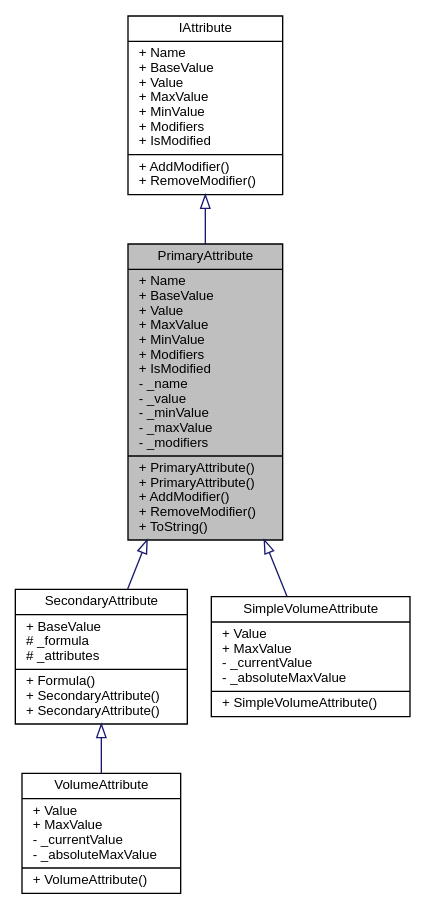
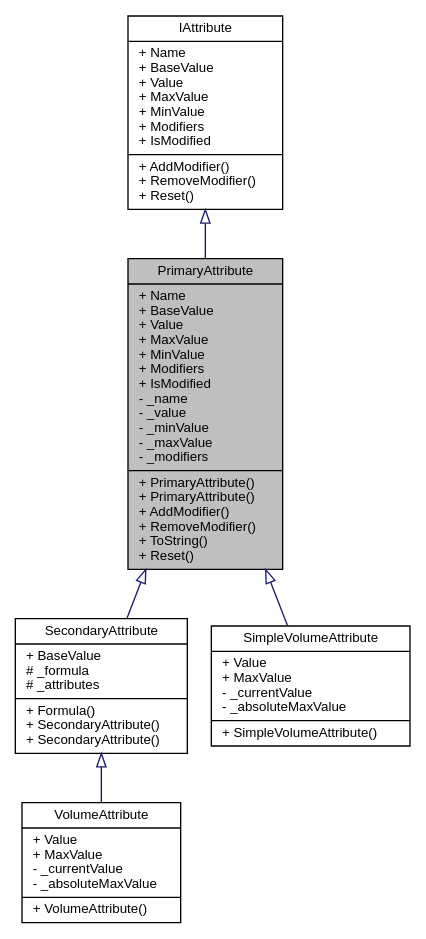
Before and after one commit to PaulSchweizer/ActionRpgKit: the diagram in db/d20/class_action_rpg_kit_1_1_character_1_1_attribute_1_1_primary_attribute__inherit__graph.dot, drawn with Graphviz. The commit also changed 376 other files, not shown here.

```diff
--- a/db/d20/class_action_rpg_kit_1_1_character_1_1_attribute_1_1_primary_attribute__inherit__graph.dot
+++ b/db/d20/class_action_rpg_kit_1_1_character_1_1_attribute_1_1_primary_attribute__inherit__graph.dot
@@ -1,15 +1,15 @@
 digraph "PrimaryAttribute"
 {
  // INTERACTIVE_SVG=YES
   edge [fontname="Helvetica",fontsize="10",labelfontname="Helvetica",labelfontsize="10"];
   node [fontname="Helvetica",fontsize="10",shape=record];
-  Node1 [label="{PrimaryAttribute\n|+ Name\l+ BaseValue\l+ Value\l+ MaxValue\l+ MinValue\l+ Modifiers\l+ IsModified\l- _name\l- _value\l- _minValue\l- _maxValue\l- _modifiers\l|+ PrimaryAttribute()\l+ PrimaryAttribute()\l+ AddModifier()\l+ RemoveModifier()\l+ ToString()\l}",height=0.2,width=0.4,color="black", fillcolor="grey75", style="filled" fontcolor="black"];
+  Node1 [label="{PrimaryAttribute\n|+ Name\l+ BaseValue\l+ Value\l+ MaxValue\l+ MinValue\l+ Modifiers\l+ IsModified\l- _name\l- _value\l- _minValue\l- _maxValue\l- _modifiers\l|+ PrimaryAttribute()\l+ PrimaryAttribute()\l+ AddModifier()\l+ RemoveModifier()\l+ ToString()\l+ Reset()\l}",height=0.2,width=0.4,color="black", fillcolor="grey75", style="filled" fontcolor="black"];
   Node2 -> Node1 [dir="back",color="midnightblue",fontsize="10",style="solid",arrowtail="onormal",fontname="Helvetica"];
-  Node2 [label="{IAttribute\n|+ Name\l+ BaseValue\l+ Value\l+ MaxValue\l+ MinValue\l+ Modifiers\l+ IsModified\l|+ AddModifier()\l+ RemoveModifier()\l}",height=0.2,width=0.4,color="black", fillcolor="white", style="filled",URL="$d5/d7e/interface_action_rpg_kit_1_1_character_1_1_attribute_1_1_i_attribute.xhtml",tooltip="Interface for Attributes. "];
+  Node2 [label="{IAttribute\n|+ Name\l+ BaseValue\l+ Value\l+ MaxValue\l+ MinValue\l+ Modifiers\l+ IsModified\l|+ AddModifier()\l+ RemoveModifier()\l+ Reset()\l}",height=0.2,width=0.4,color="black", fillcolor="white", style="filled",URL="$d5/d7e/interface_action_rpg_kit_1_1_character_1_1_attribute_1_1_i_attribute.xhtml",tooltip="Interface for Attributes. "];
   Node1 -> Node3 [dir="back",color="midnightblue",fontsize="10",style="solid",arrowtail="onormal",fontname="Helvetica"];
   Node3 [label="{SecondaryAttribute\n|+ BaseValue\l# _formula\l# _attributes\l|+ Formula()\l+ SecondaryAttribute()\l+ SecondaryAttribute()\l}",height=0.2,width=0.4,color="black", fillcolor="white", style="filled",URL="$df/d43/class_action_rpg_kit_1_1_character_1_1_attribute_1_1_secondary_attribute.xhtml",tooltip="The Value is calculated through a given formula. "];
   Node3 -> Node4 [dir="back",color="midnightblue",fontsize="10",style="solid",arrowtail="onormal",fontname="Helvetica"];
   Node4 [label="{VolumeAttribute\n|+ Value\l+ MaxValue\l- _currentValue\l- _absoluteMaxValue\l|+ VolumeAttribute()\l}",height=0.2,width=0.4,color="black", fillcolor="white", style="filled",URL="$d6/ddf/class_action_rpg_kit_1_1_character_1_1_attribute_1_1_volume_attribute.xhtml",tooltip="Represents a volume of something, e.g. magic, life. The base value is derived through a formula and s..."];
   Node1 -> Node5 [dir="back",color="midnightblue",fontsize="10",style="solid",arrowtail="onormal",fontname="Helvetica"];
   Node5 [label="{SimpleVolumeAttribute\n|+ Value\l+ MaxValue\l- _currentValue\l- _absoluteMaxValue\l|+ SimpleVolumeAttribute()\l}",height=0.2,width=0.4,color="black", fillcolor="white", style="filled",URL="$db/d9c/class_action_rpg_kit_1_1_character_1_1_attribute_1_1_simple_volume_attribute.xhtml",tooltip="The base value is a simple float as opposed to a formula based. "];
 }
```
